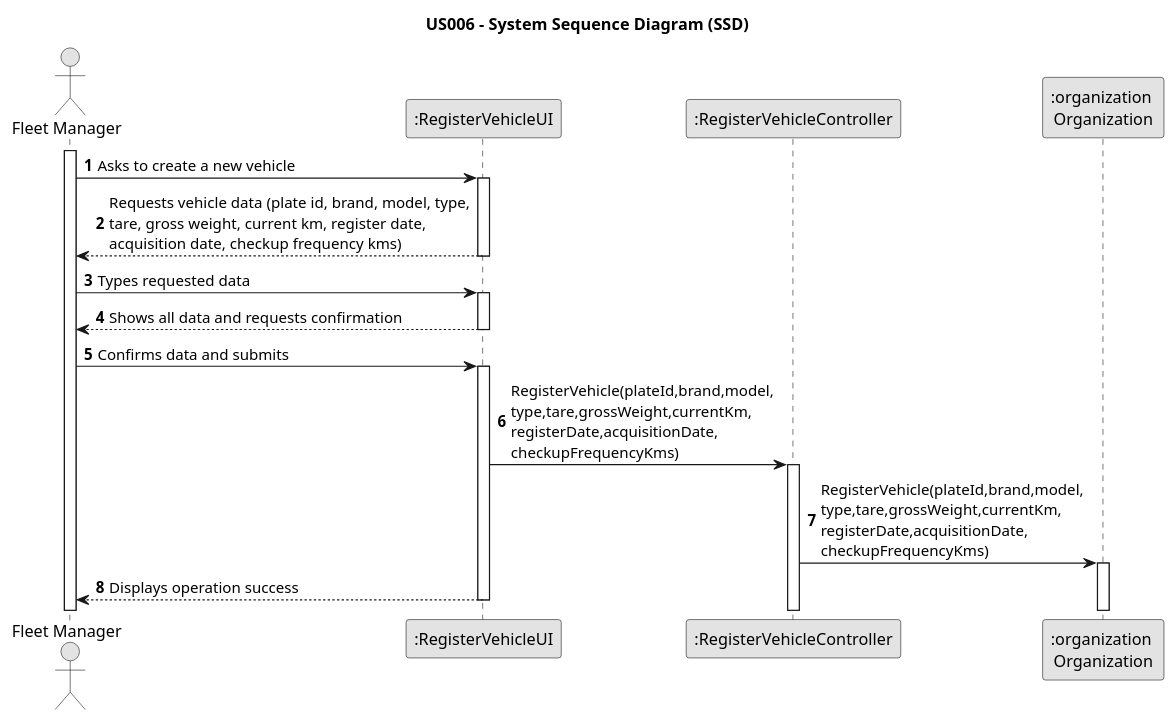
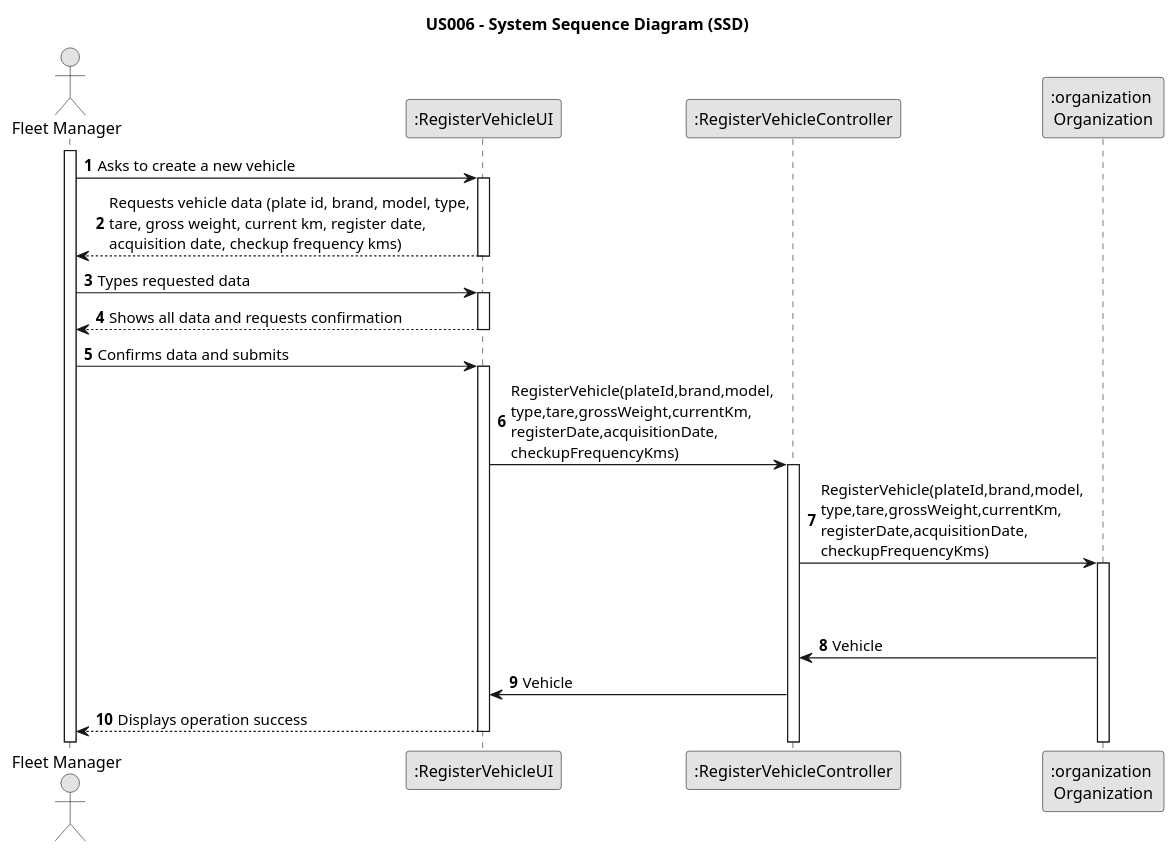
Before and after one commit to Rui-San/LAPR2_2023_2024: the diagram in docs/sprintB/us006/03.design/puml/us006-system-sequence-diagram.puml, drawn with PlantUML. The commit also changed 1 other file, not shown here.

```diff
--- a/docs/sprintB/us006/03.design/puml/us006-system-sequence-diagram.puml
+++ b/docs/sprintB/us006/03.design/puml/us006-system-sequence-diagram.puml
@@ -1,40 +1,45 @@
 @startuml
 skinparam monochrome true
 skinparam packageStyle rectangle
 skinparam shadowing false
 
 title US006 - System Sequence Diagram (SSD)
 
 autonumber
 
 actor "Fleet Manager" as Employee
 participant ":RegisterVehicleUI" as System
-participant ":RegisterVehicleController" as CRTL
+participant ":RegisterVehicleController" as CTRL
 participant ":organization \nOrganization" as ORG
 
 activate Employee
 
     Employee -> System : Asks to create a new vehicle
     activate System
 
 System --> Employee : Requests vehicle data (plate id, brand, model, type,\ntare, gross weight, current km, register date,\nacquisition date, checkup frequency kms)
     deactivate System
 
 
     Employee -> System : Types requested data
     activate System
 
         System --> Employee : Shows all data and requests confirmation
     deactivate System
 
     Employee -> System : Confirms data and submits
     activate System
-        System->CRTL :RegisterVehicle(plateId,brand,model,\ntype,tare,grossWeight,currentKm,\nregisterDate,acquisitionDate,\ncheckupFrequencyKms)
-        activate CRTL
-            CRTL->ORG :RegisterVehicle(plateId,brand,model,\ntype,tare,grossWeight,currentKm,\nregisterDate,acquisitionDate,\ncheckupFrequencyKms)
+        System->CTRL :RegisterVehicle(plateId,brand,model,\ntype,tare,grossWeight,currentKm,\nregisterDate,acquisitionDate,\ncheckupFrequencyKms)
+        activate CTRL
+            CTRL->ORG :RegisterVehicle(plateId,brand,model,\ntype,tare,grossWeight,currentKm,\nregisterDate,acquisitionDate,\ncheckupFrequencyKms)
+            |||
+            |||
             activate ORG
-
+            ORG->CTRL:Vehicle
+            CTRL->System: Vehicle
         System --> Employee : Displays operation success
     deactivate System
 
+
+
 @enduml
```
